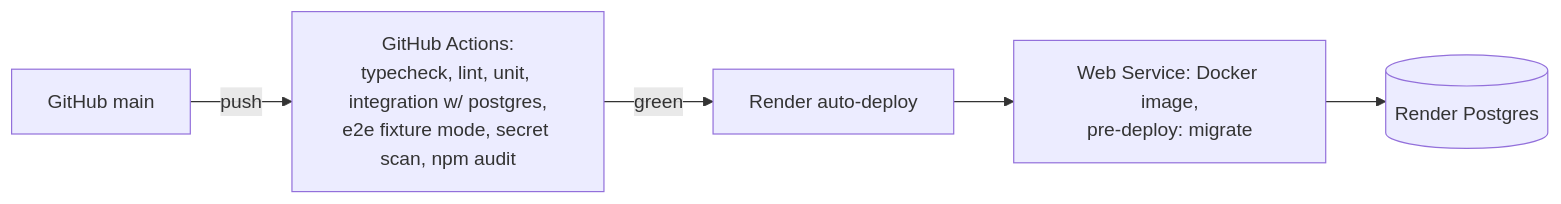
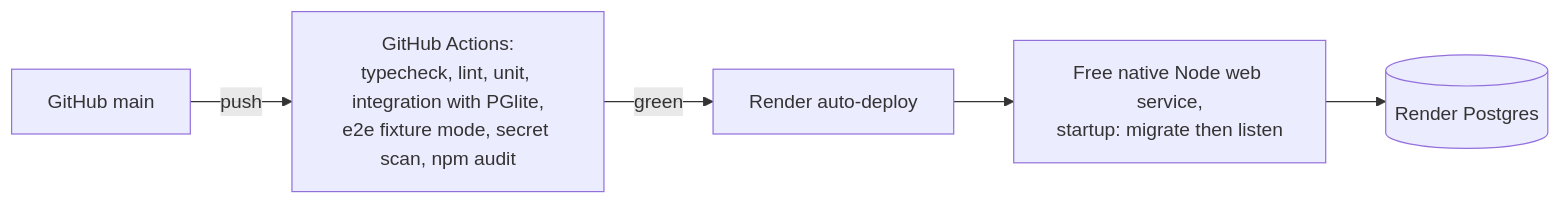
Before and after one commit to rishiguptha54/paypal-hackathon: the tenth of 11 diagrams in spec/architecture.md, drawn with Mermaid. The commit also changed other lines of this file and 42 other files, not shown here.

````diff
--- a/spec/architecture.md
+++ b/spec/architecture.md
@@ -410,7 +408,7 @@
 ```mermaid
 flowchart LR
-  GH[GitHub main] -- push --> CI[GitHub Actions:<br/>typecheck, lint, unit, integration w/ postgres,<br/>e2e fixture mode, secret scan, npm audit]
+  GH[GitHub main] -- push --> CI[GitHub Actions:<br/>typecheck, lint, unit, integration with PGlite,<br/>e2e fixture mode, secret scan, npm audit]
   CI -- green --> R[Render auto-deploy]
-  R --> WS[Web Service: Docker image,<br/>pre-deploy: migrate]
+  R --> WS[Free native Node web service,<br/>startup: migrate then listen]
   WS --> PG[(Render Postgres)]
 ```
````
